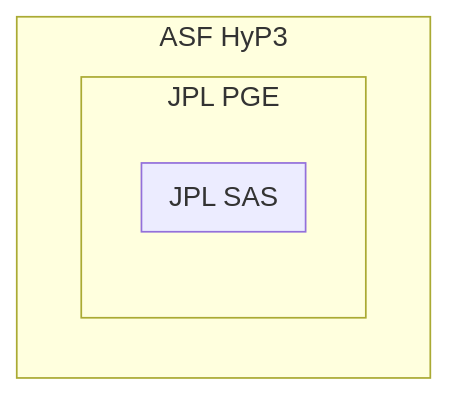
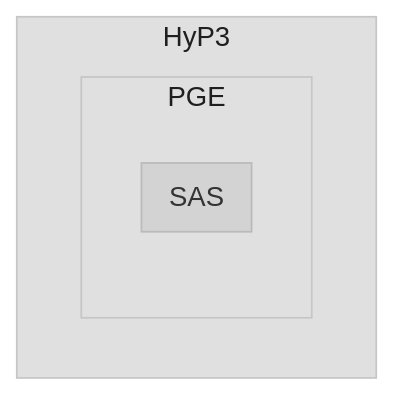
One commit to ASFHyP3/hyp3-OPERA-RTC changed the diagram in README.md. Above: the diagram before and after it, drawn with Mermaid.

Commit message:
update diagram 2

````diff
--- a/README.md
+++ b/README.md
@@ -48,9 +48,15 @@
 ```mermaid
+%%{init: {'theme': 'base', 'themeVariables': { 'primaryColor': '#D3D3D3', 'fontSize': '16px', 'fontFamily': 'Arial'}}}%%
 graph TB
-  subgraph A[ASF HyP3]
-    subgraph B[JPL PGE]
-      subgraph C[JPL SAS]
+  classDef greyBox fill:#D3D3D3,stroke:#333,stroke-width:2px
+
+  subgraph A[HyP3]
+    class A greyBox
+    subgraph B[PGE]
+      class B greyBox
+      subgraph C[SAS]
+        class C greyBox
       end
     end
   end
 ```
````
